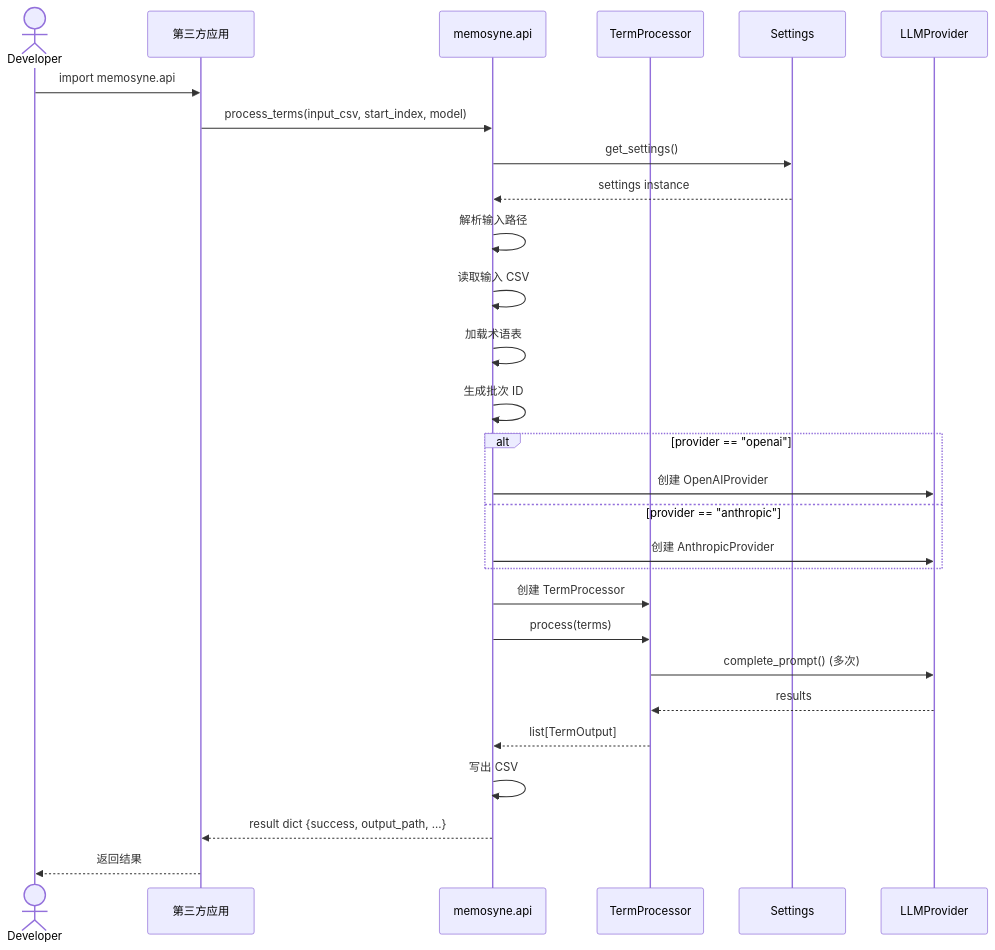
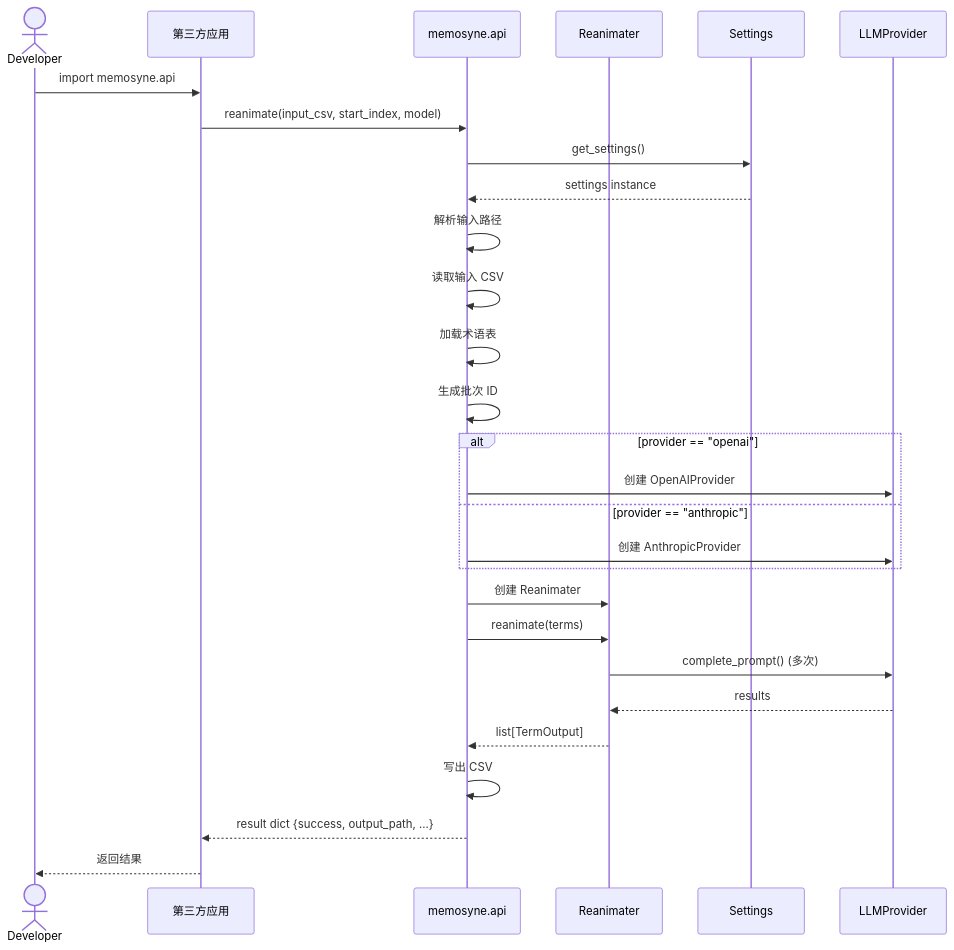
Before and after one commit to C1M0N/Memosyne: the ninth of 11 diagrams in ARCHITECTURE.md, drawn with Mermaid. The commit also changed other lines of this file and 22 other files, not shown here.

````diff
--- a/ARCHITECTURE.md
+++ b/ARCHITECTURE.md
@@ -429,41 +429,41 @@
 ```mermaid
 sequenceDiagram
     actor Developer
     participant App as 第三方应用
     participant API as memosyne.api
-    participant TP as TermProcessor
+    participant RA as Reanimater
     participant Settings as Settings
     participant LLM as LLMProvider
 
     Developer->>App: import memosyne.api
 
-    App->>API: process_terms(input_csv, start_index, model)
+    App->>API: reanimate(input_csv, start_index, model)
 
     API->>Settings: get_settings()
     Settings-->>API: settings instance
 
     API->>API: 解析输入路径
     API->>API: 读取输入 CSV
     API->>API: 加载术语表
     API->>API: 生成批次 ID
 
     alt provider == "openai"
         API->>LLM: 创建 OpenAIProvider
     else provider == "anthropic"
         API->>LLM: 创建 AnthropicProvider
     end
 
-    API->>TP: 创建 TermProcessor
-    API->>TP: process(terms)
+    API->>RA: 创建 Reanimater
+    API->>RA: reanimate(terms)
 
-    TP->>LLM: complete_prompt() (多次)
-    LLM-->>TP: results
+    RA->>LLM: complete_prompt() (多次)
+    LLM-->>RA: results
 
-    TP-->>API: list[TermOutput]
+    RA-->>API: list[TermOutput]
 
     API->>API: 写出 CSV
 
     API-->>App: result dict {success, output_path, ...}
 
     App-->>Developer: 返回结果
 ```
````
